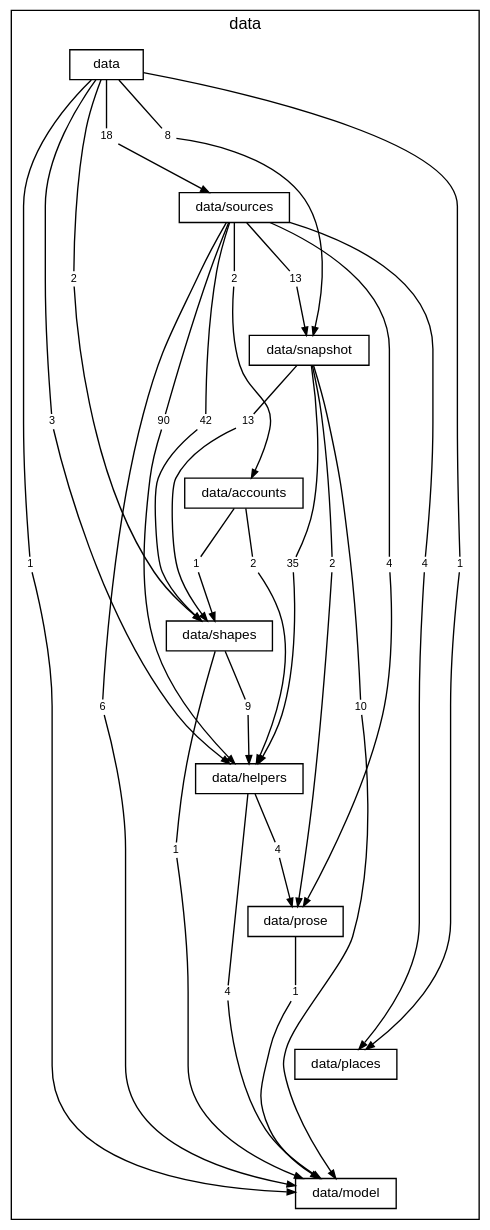
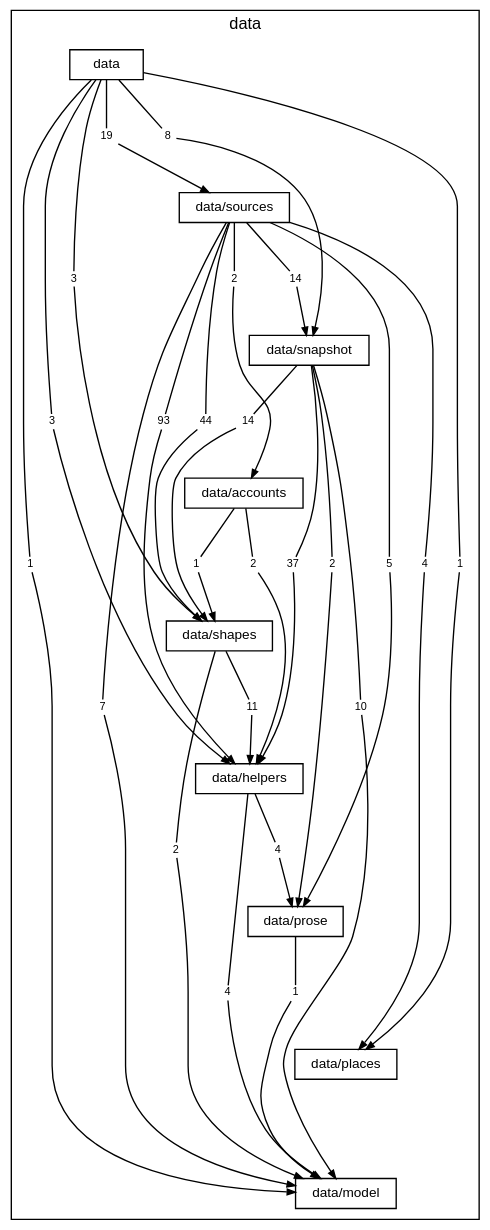
The diagram in docs/diagrams/layer-data.dot (TheAxeC/oculus), drawn with Graphviz before and after one commit. The commit also changed 75 other files, not shown here.

```diff
--- a/docs/diagrams/layer-data.dot
+++ b/docs/diagrams/layer-data.dot
@@ -1,97 +1,97 @@
 digraph layer_data {
     graph [bgcolor="transparent", rankdir=TB, newrank=true, mclimit=4, fontname="Helvetica", fontsize=12, nodesep=0.2, ranksep=0.5];
     node [shape=box, color="black", fontcolor="black", fontname="Helvetica", fontsize=10, height=0.3, margin="0.12,0.04"];
     edge [color="black", fontcolor="black", fontname="Helvetica", fontsize=8, arrowsize=0.6];
     subgraph "cluster_data" {
         label="data"; style=solid;
         "folder data" [label="data"];
         "folder data/sources" [label="data/sources"];
         "folder data/snapshot" [label="data/snapshot"];
         "folder data/accounts" [label="data/accounts"];
         "folder data/shapes" [label="data/shapes"];
         "folder data/helpers" [label="data/helpers"];
         "folder data/prose" [label="data/prose"];
         "folder data/places" [label="data/places"];
         "folder data/model" [label="data/model"];
         "folder data to folder data/helpers" [label="3", shape=box, color="transparent", fontsize=8, width=0, height=0, margin="0.04,0.02"];
         "folder data to folder data/model" [label="1", shape=box, color="transparent", fontsize=8, width=0, height=0, margin="0.04,0.02"];
         "folder data to folder data/places" [label="1", shape=box, color="transparent", fontsize=8, width=0, height=0, margin="0.04,0.02"];
-        "folder data to folder data/shapes" [label="2", shape=box, color="transparent", fontsize=8, width=0, height=0, margin="0.04,0.02"];
+        "folder data to folder data/shapes" [label="3", shape=box, color="transparent", fontsize=8, width=0, height=0, margin="0.04,0.02"];
         "folder data to folder data/snapshot" [label="8", shape=box, color="transparent", fontsize=8, width=0, height=0, margin="0.04,0.02"];
-        "folder data to folder data/sources" [label="18", shape=box, color="transparent", fontsize=8, width=0, height=0, margin="0.04,0.02"];
+        "folder data to folder data/sources" [label="19", shape=box, color="transparent", fontsize=8, width=0, height=0, margin="0.04,0.02"];
         "folder data/sources to folder data/accounts" [label="2", shape=box, color="transparent", fontsize=8, width=0, height=0, margin="0.04,0.02"];
-        "folder data/sources to folder data/helpers" [label="90", shape=box, color="transparent", fontsize=8, width=0, height=0, margin="0.04,0.02"];
-        "folder data/sources to folder data/model" [label="6", shape=box, color="transparent", fontsize=8, width=0, height=0, margin="0.04,0.02"];
+        "folder data/sources to folder data/helpers" [label="93", shape=box, color="transparent", fontsize=8, width=0, height=0, margin="0.04,0.02"];
+        "folder data/sources to folder data/model" [label="7", shape=box, color="transparent", fontsize=8, width=0, height=0, margin="0.04,0.02"];
         "folder data/sources to folder data/places" [label="4", shape=box, color="transparent", fontsize=8, width=0, height=0, margin="0.04,0.02"];
-        "folder data/sources to folder data/prose" [label="4", shape=box, color="transparent", fontsize=8, width=0, height=0, margin="0.04,0.02"];
-        "folder data/sources to folder data/shapes" [label="42", shape=box, color="transparent", fontsize=8, width=0, height=0, margin="0.04,0.02"];
-        "folder data/sources to folder data/snapshot" [label="13", shape=box, color="transparent", fontsize=8, width=0, height=0, margin="0.04,0.02"];
-        "folder data/snapshot to folder data/helpers" [label="35", shape=box, color="transparent", fontsize=8, width=0, height=0, margin="0.04,0.02"];
+        "folder data/sources to folder data/prose" [label="5", shape=box, color="transparent", fontsize=8, width=0, height=0, margin="0.04,0.02"];
+        "folder data/sources to folder data/shapes" [label="44", shape=box, color="transparent", fontsize=8, width=0, height=0, margin="0.04,0.02"];
+        "folder data/sources to folder data/snapshot" [label="14", shape=box, color="transparent", fontsize=8, width=0, height=0, margin="0.04,0.02"];
+        "folder data/snapshot to folder data/helpers" [label="37", shape=box, color="transparent", fontsize=8, width=0, height=0, margin="0.04,0.02"];
         "folder data/snapshot to folder data/model" [label="10", shape=box, color="transparent", fontsize=8, width=0, height=0, margin="0.04,0.02"];
         "folder data/snapshot to folder data/prose" [label="2", shape=box, color="transparent", fontsize=8, width=0, height=0, margin="0.04,0.02"];
-        "folder data/snapshot to folder data/shapes" [label="13", shape=box, color="transparent", fontsize=8, width=0, height=0, margin="0.04,0.02"];
+        "folder data/snapshot to folder data/shapes" [label="14", shape=box, color="transparent", fontsize=8, width=0, height=0, margin="0.04,0.02"];
         "folder data/accounts to folder data/helpers" [label="2", shape=box, color="transparent", fontsize=8, width=0, height=0, margin="0.04,0.02"];
         "folder data/accounts to folder data/shapes" [label="1", shape=box, color="transparent", fontsize=8, width=0, height=0, margin="0.04,0.02"];
-        "folder data/shapes to folder data/helpers" [label="9", shape=box, color="transparent", fontsize=8, width=0, height=0, margin="0.04,0.02"];
-        "folder data/shapes to folder data/model" [label="1", shape=box, color="transparent", fontsize=8, width=0, height=0, margin="0.04,0.02"];
+        "folder data/shapes to folder data/helpers" [label="11", shape=box, color="transparent", fontsize=8, width=0, height=0, margin="0.04,0.02"];
+        "folder data/shapes to folder data/model" [label="2", shape=box, color="transparent", fontsize=8, width=0, height=0, margin="0.04,0.02"];
         "folder data/helpers to folder data/model" [label="4", shape=box, color="transparent", fontsize=8, width=0, height=0, margin="0.04,0.02"];
         "folder data/helpers to folder data/prose" [label="4", shape=box, color="transparent", fontsize=8, width=0, height=0, margin="0.04,0.02"];
         "folder data/prose to folder data/model" [label="1", shape=box, color="transparent", fontsize=8, width=0, height=0, margin="0.04,0.02"];
     }
     "folder data" -> "folder data/sources" [style=invis, weight=10, minlen=2];
     "folder data/sources" -> "folder data/snapshot" [style=invis, weight=10, minlen=2];
     "folder data/snapshot" -> "folder data/accounts" [style=invis, weight=10, minlen=2];
     "folder data/accounts" -> "folder data/shapes" [style=invis, weight=10, minlen=2];
     "folder data/shapes" -> "folder data/helpers" [style=invis, weight=10, minlen=2];
     "folder data/helpers" -> "folder data/prose" [style=invis, weight=10, minlen=2];
     "folder data/prose" -> "folder data/places" [style=invis, weight=10, minlen=2];
     "folder data/places" -> "folder data/model" [style=invis, weight=10, minlen=2];
     "folder data" -> "folder data to folder data/helpers" [arrowhead=none, minlen=5, weight=10];
     "folder data to folder data/helpers" -> "folder data/helpers" [];
     "folder data" -> "folder data to folder data/model" [arrowhead=none, minlen=7, weight=10];
     "folder data to folder data/model" -> "folder data/model" [];
     "folder data" -> "folder data to folder data/places" [arrowhead=none, minlen=7, weight=10];
     "folder data to folder data/places" -> "folder data/places" [];
     "folder data" -> "folder data to folder data/shapes" [arrowhead=none, minlen=3, weight=10];
     "folder data to folder data/shapes" -> "folder data/shapes" [];
     "folder data" -> "folder data to folder data/snapshot" [arrowhead=none, minlen=1, weight=10];
     "folder data to folder data/snapshot" -> "folder data/snapshot" [];
     "folder data" -> "folder data to folder data/sources" [arrowhead=none, minlen=1, weight=10];
     "folder data to folder data/sources" -> "folder data/sources" [];
     "folder data/sources" -> "folder data/sources to folder data/accounts" [arrowhead=none, minlen=1, weight=10];
     "folder data/sources to folder data/accounts" -> "folder data/accounts" [];
     "folder data/sources" -> "folder data/sources to folder data/helpers" [arrowhead=none, minlen=3, weight=10];
     "folder data/sources to folder data/helpers" -> "folder data/helpers" [];
     "folder data/sources" -> "folder data/sources to folder data/model" [arrowhead=none, minlen=7, weight=10];
     "folder data/sources to folder data/model" -> "folder data/model" [];
     "folder data/sources" -> "folder data/sources to folder data/places" [arrowhead=none, minlen=5, weight=10];
     "folder data/sources to folder data/places" -> "folder data/places" [];
     "folder data/sources" -> "folder data/sources to folder data/prose" [arrowhead=none, minlen=5, weight=10];
     "folder data/sources to folder data/prose" -> "folder data/prose" [];
     "folder data/sources" -> "folder data/sources to folder data/shapes" [arrowhead=none, minlen=3, weight=10];
     "folder data/sources to folder data/shapes" -> "folder data/shapes" [];
     "folder data/sources" -> "folder data/sources to folder data/snapshot" [arrowhead=none, minlen=1, weight=10];
     "folder data/sources to folder data/snapshot" -> "folder data/snapshot" [];
     "folder data/snapshot" -> "folder data/snapshot to folder data/helpers" [arrowhead=none, minlen=3, weight=10];
     "folder data/snapshot to folder data/helpers" -> "folder data/helpers" [];
     "folder data/snapshot" -> "folder data/snapshot to folder data/model" [arrowhead=none, minlen=5, weight=10];
     "folder data/snapshot to folder data/model" -> "folder data/model" [];
     "folder data/snapshot" -> "folder data/snapshot to folder data/prose" [arrowhead=none, minlen=3, weight=10];
     "folder data/snapshot to folder data/prose" -> "folder data/prose" [];
     "folder data/snapshot" -> "folder data/snapshot to folder data/shapes" [arrowhead=none, minlen=1, weight=10];
     "folder data/snapshot to folder data/shapes" -> "folder data/shapes" [];
     "folder data/accounts" -> "folder data/accounts to folder data/helpers" [arrowhead=none, minlen=1, weight=10];
     "folder data/accounts to folder data/helpers" -> "folder data/helpers" [];
     "folder data/accounts" -> "folder data/accounts to folder data/shapes" [arrowhead=none, minlen=1, weight=10];
     "folder data/accounts to folder data/shapes" -> "folder data/shapes" [];
     "folder data/shapes" -> "folder data/shapes to folder data/helpers" [arrowhead=none, minlen=1, weight=10];
     "folder data/shapes to folder data/helpers" -> "folder data/helpers" [];
     "folder data/shapes" -> "folder data/shapes to folder data/model" [arrowhead=none, minlen=3, weight=10];
     "folder data/shapes to folder data/model" -> "folder data/model" [];
     "folder data/helpers" -> "folder data/helpers to folder data/model" [arrowhead=none, minlen=3, weight=10];
     "folder data/helpers to folder data/model" -> "folder data/model" [];
     "folder data/helpers" -> "folder data/helpers to folder data/prose" [arrowhead=none, minlen=1, weight=10];
     "folder data/helpers to folder data/prose" -> "folder data/prose" [];
     "folder data/prose" -> "folder data/prose to folder data/model" [arrowhead=none, minlen=1, weight=10];
     "folder data/prose to folder data/model" -> "folder data/model" [];
 }
```
